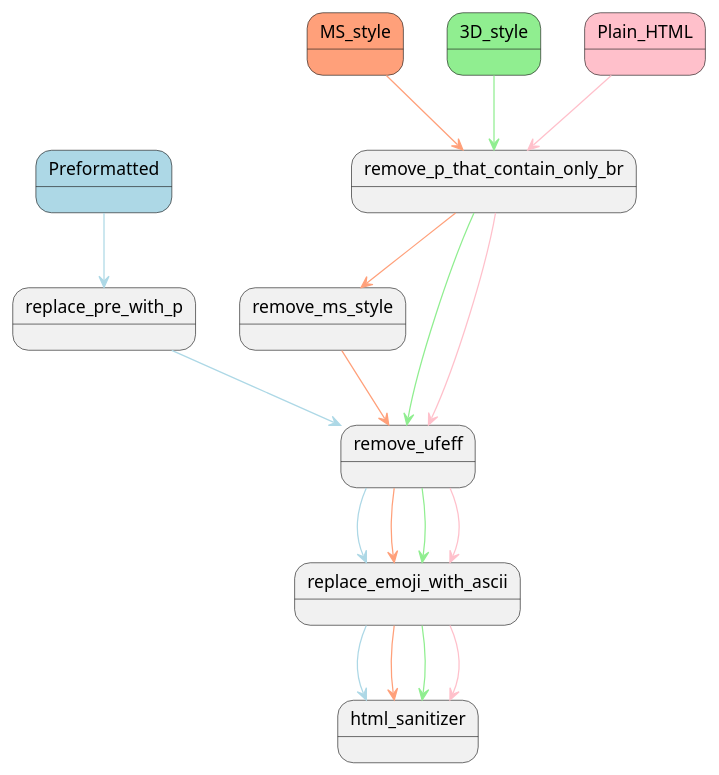
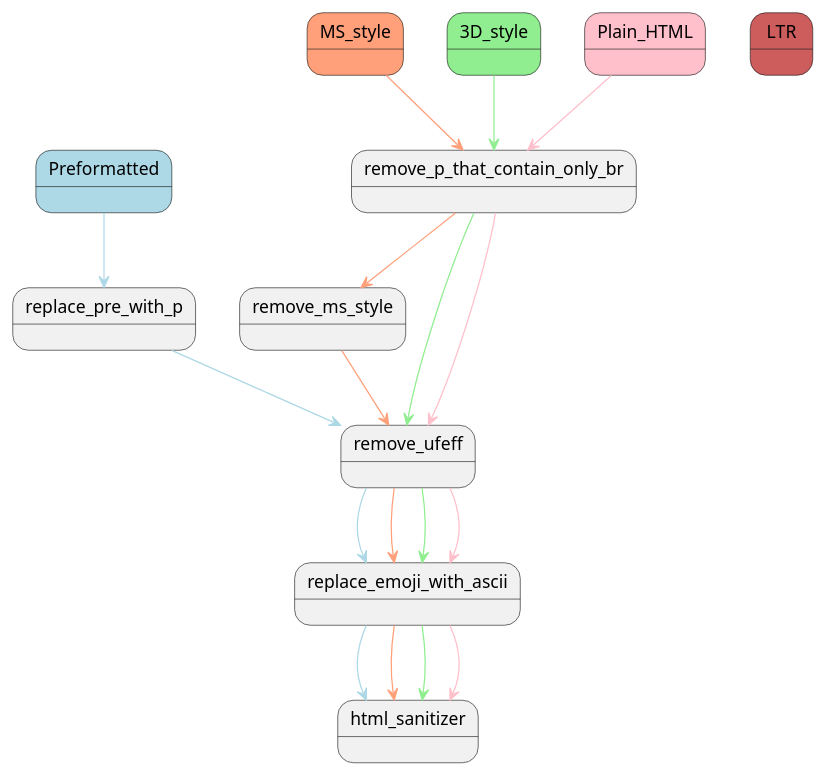
One commit to umd-lib/jenkins-test-repo changed the diagram in docs/images/CleaningProcess.puml. Above: the diagram before and after it, drawn with PlantUML. The commit also changed 1 other file, not shown here.

```diff
--- a/docs/images/CleaningProcess.puml
+++ b/docs/images/CleaningProcess.puml
@@ -1,37 +1,38 @@
 @startuml processingOverview
 
 state Preformatted #LightBlue
 state MS_style #LightSalmon
 state 3D_style #LightGreen
 state Plain_HTML #Pink
+state LTR #IndianRed
 
 state replace_pre_with_p
 state remove_ms_style
 state replace_emoji_with_ascii
 state html_sanitizer
 state remove_p_that_contain_only_br
 state remove_ufeff
 
 
 Preformatted -[#LightBlue]-> replace_pre_with_p
 replace_pre_with_p -[#LightBlue]-> remove_ufeff
 remove_ufeff -[#LightBlue]-> replace_emoji_with_ascii
 replace_emoji_with_ascii --[#LightBlue]> html_sanitizer
 
 MS_style -[#LightSalmon]-> remove_p_that_contain_only_br
 remove_p_that_contain_only_br -[#LightSalmon]-> remove_ms_style
 remove_ms_style -[#LightSalmon]-> remove_ufeff
 remove_ufeff -[#LightSalmon]-> replace_emoji_with_ascii
 replace_emoji_with_ascii -[#LightSalmon]-> html_sanitizer
 
 3D_style -[#LightGreen]-> remove_p_that_contain_only_br
 remove_p_that_contain_only_br -[#LightGreen]-> remove_ufeff
 remove_ufeff -[#LightGreen]-> replace_emoji_with_ascii
 replace_emoji_with_ascii -[#LightGreen]-> html_sanitizer
 
 Plain_HTML -[#Pink]-> remove_p_that_contain_only_br
 remove_p_that_contain_only_br -[#Pink]-> remove_ufeff
 remove_ufeff -[#Pink]-> replace_emoji_with_ascii
 replace_emoji_with_ascii -[#Pink]-> html_sanitizer
 
 @enduml
```
